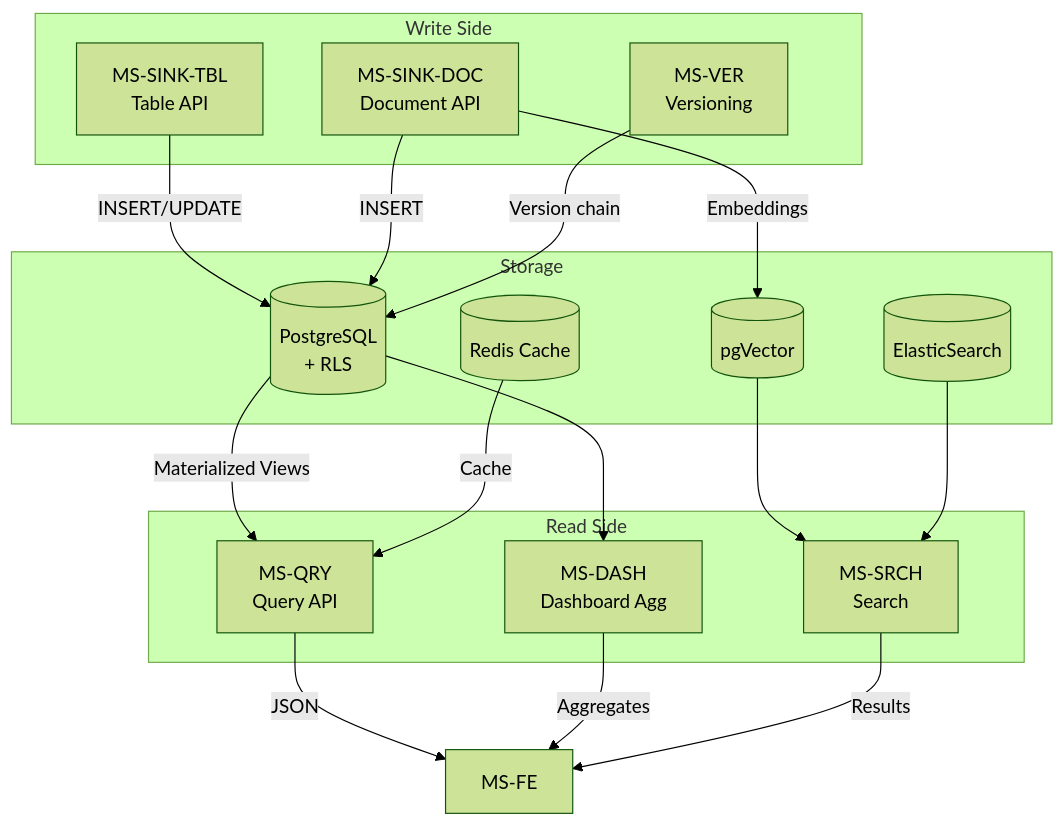
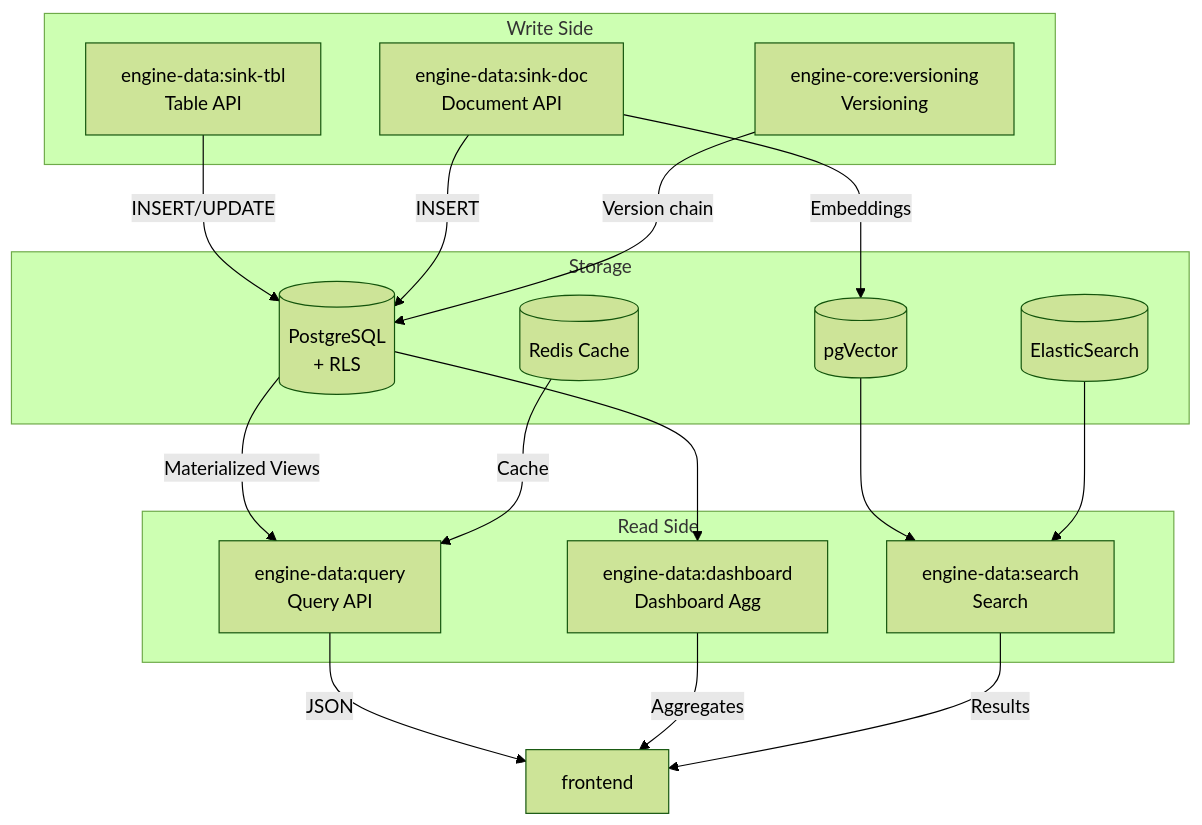
One commit to JanBartyzal/ReportAutomatization changed the fifth of 7 diagrams in docs/microservices_decomposition.md. Above: the diagram before and after it, drawn with Mermaid (forest theme). The commit also changed other lines of this file and 149 other files, not shown here.

````diff
--- a/docs/microservices_decomposition.md
+++ b/docs/microservices_decomposition.md
@@ -222,36 +222,36 @@
 ```mermaid
 graph TB
     subgraph "Write Side"
-        SINK-TBL[MS-SINK-TBL<br/>Table API]
-        SINK-DOC[MS-SINK-DOC<br/>Document API]
-        VER[MS-VER<br/>Versioning]
+        SINK-TBL[engine-data:sink-tbl<br/>Table API]
+        SINK-DOC[engine-data:sink-doc<br/>Document API]
+        VER[engine-core:versioning<br/>Versioning]
     end
 
     subgraph "Storage"
         PG[(PostgreSQL<br/>+ RLS)]
         VECTOR[(pgVector)]
         REDIS[(Redis Cache)]
         ES[(ElasticSearch)]
     end
 
     subgraph "Read Side"
-        QRY[MS-QRY<br/>Query API]
-        DASH[MS-DASH<br/>Dashboard Agg]
-        SRCH[MS-SRCH<br/>Search]
+        QRY[engine-data:query<br/>Query API]
+        DASH[engine-data:dashboard<br/>Dashboard Agg]
+        SRCH[engine-data:search<br/>Search]
     end
 
     SINK-TBL -->|INSERT/UPDATE| PG
     SINK-DOC -->|INSERT| PG
     SINK-DOC -->|Embeddings| VECTOR
     VER -->|Version chain| PG
 
     PG -->|Materialized Views| QRY
     PG --> DASH
     REDIS -->|Cache| QRY
     VECTOR --> SRCH
     ES --> SRCH
 
-    QRY -->|JSON| FE[MS-FE]
+    QRY -->|JSON| FE[frontend]
     DASH -->|Aggregates| FE
     SRCH -->|Results| FE
 ```
````
